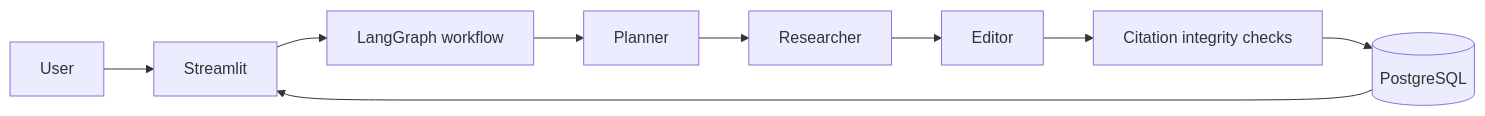
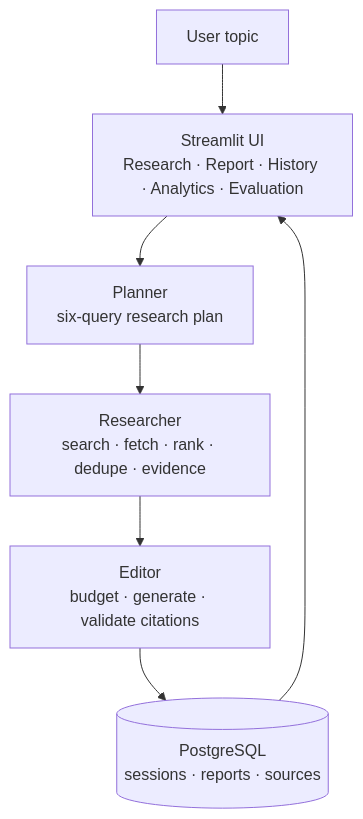
The diagram in README.MD (Reddiah16/AI-Research-Agent), drawn with Mermaid before and after one commit. The commit also changed other lines of this file, not shown here.

Commit message:
docs(readme): expand documentation with architecture and evaluation details

````diff
--- a/README.MD
+++ b/README.MD
@@ -20,11 +30,9 @@
 ```mermaid
-flowchart LR
-    U[User] --> S[Streamlit]
-    S --> LG[LangGraph workflow]
-    LG --> P[Planner]
-    P --> R[Researcher]
-    R --> E[Editor]
-    E --> C[Citation integrity checks]
-    C --> DB[(PostgreSQL)]
-    DB --> S
+flowchart TD
+    U[User topic] --> UI[Streamlit UI<br/>Research · Report · History · Analytics · Evaluation]
+    UI --> P[Planner<br/>six-query research plan]
+    P --> R[Researcher<br/>search · fetch · rank · dedupe · evidence]
+    R --> E[Editor<br/>budget · generate · validate citations]
+    E --> DB[(PostgreSQL<br/>sessions · reports · sources)]
+    DB --> UI
 ```
````
